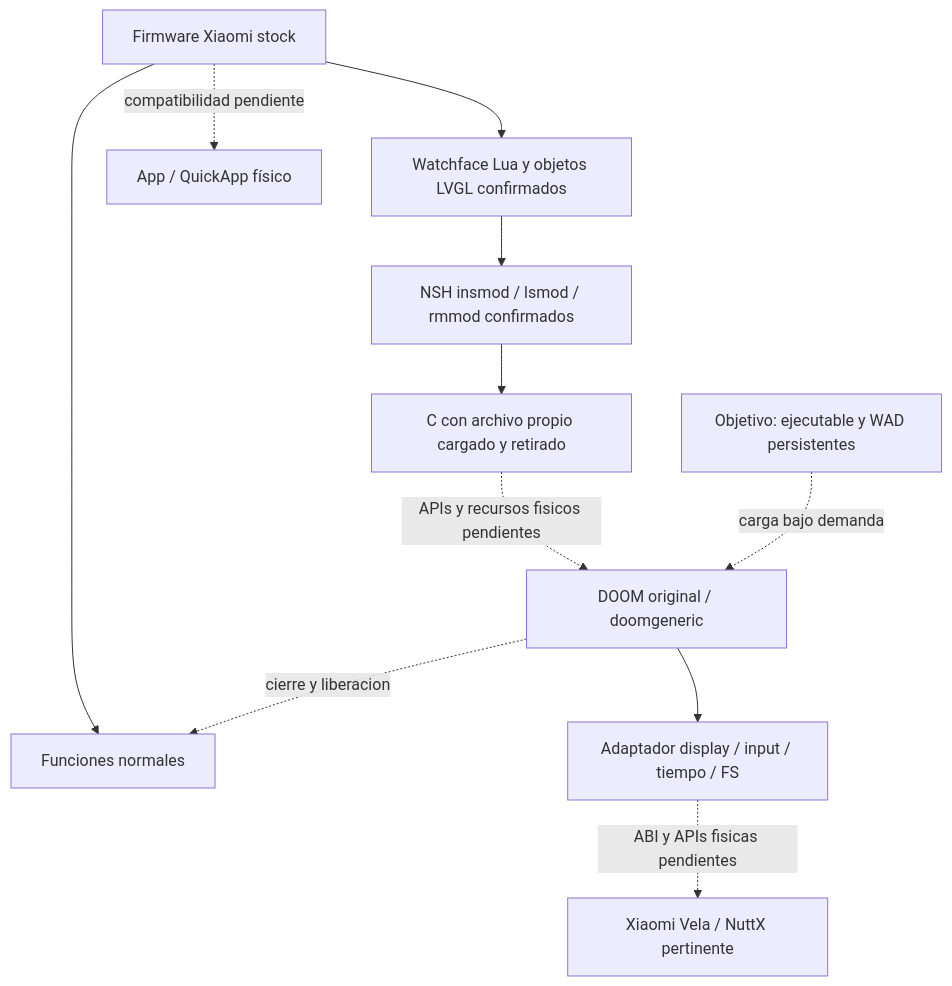
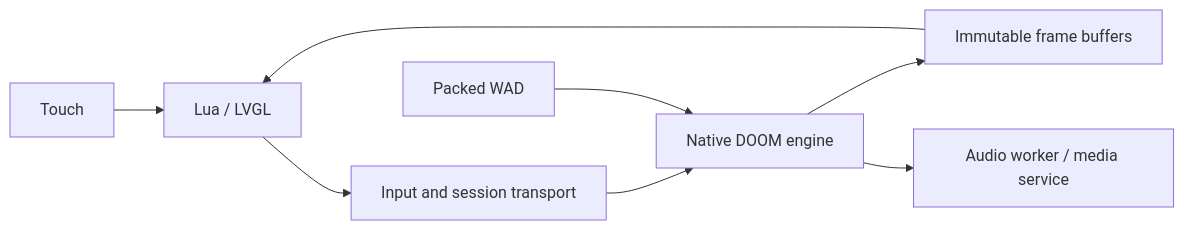
The diagram in docs/architecture.md (Pizofh/Doomed---Doom-for-Redmi-watch-4-), drawn with Mermaid before and after one commit. The commit also changed other lines of this file and 10 other files, not shown here.

````diff
--- a/docs/architecture.md
+++ b/docs/architecture.md
@@ -30,13 +5,10 @@
-```mermaid
-flowchart TD
-    S[Firmware Xiaomi stock] --> W[Funciones normales]
-    S --> L[Watchface Lua y objetos LVGL confirmados]
-    S -. compatibilidad pendiente .-> A[App / QuickApp físico]
-    L --> N[NSH insmod / lsmod / rmmod confirmados]
-    N --> C[C con archivo propio cargado y retirado]
-    C -. APIs y recursos fisicos pendientes .-> D[DOOM original / doomgeneric]
-    D --> P[Adaptador display / input / tiempo / FS]
-    P -. ABI y APIs fisicas pendientes .-> V[Xiaomi Vela / NuttX pertinente]
-    F[Objetivo: ejecutable y WAD persistentes] -. carga bajo demanda .-> D
-    D -. cierre y liberacion .-> W
-```
+~~~mermaid
+flowchart LR
+    T[Touch] --> L[Lua / LVGL]
+    L --> Q[Input and session transport]
+    Q --> C[Native DOOM engine]
+    W[Packed WAD] --> C
+    C --> B[Immutable frame buffers]
+    B --> L
+    C --> A[Audio worker / media service]
+~~~
````
